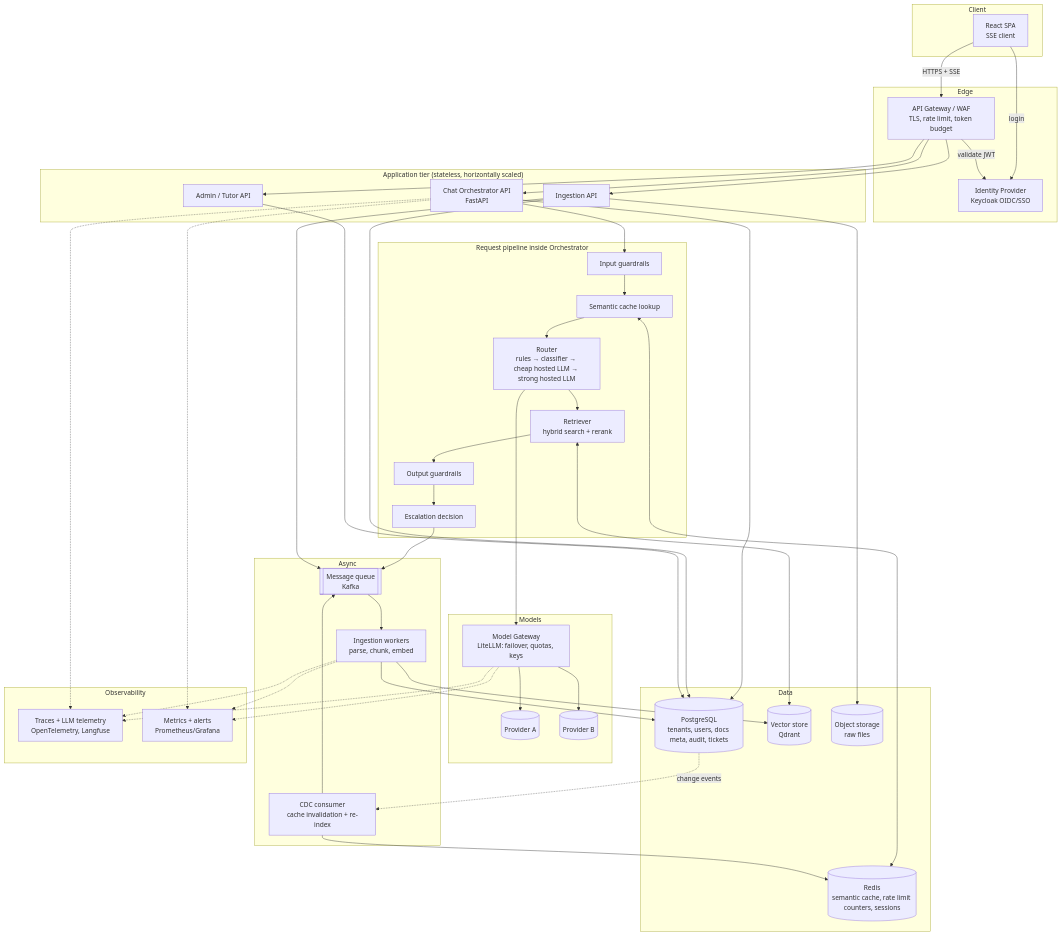
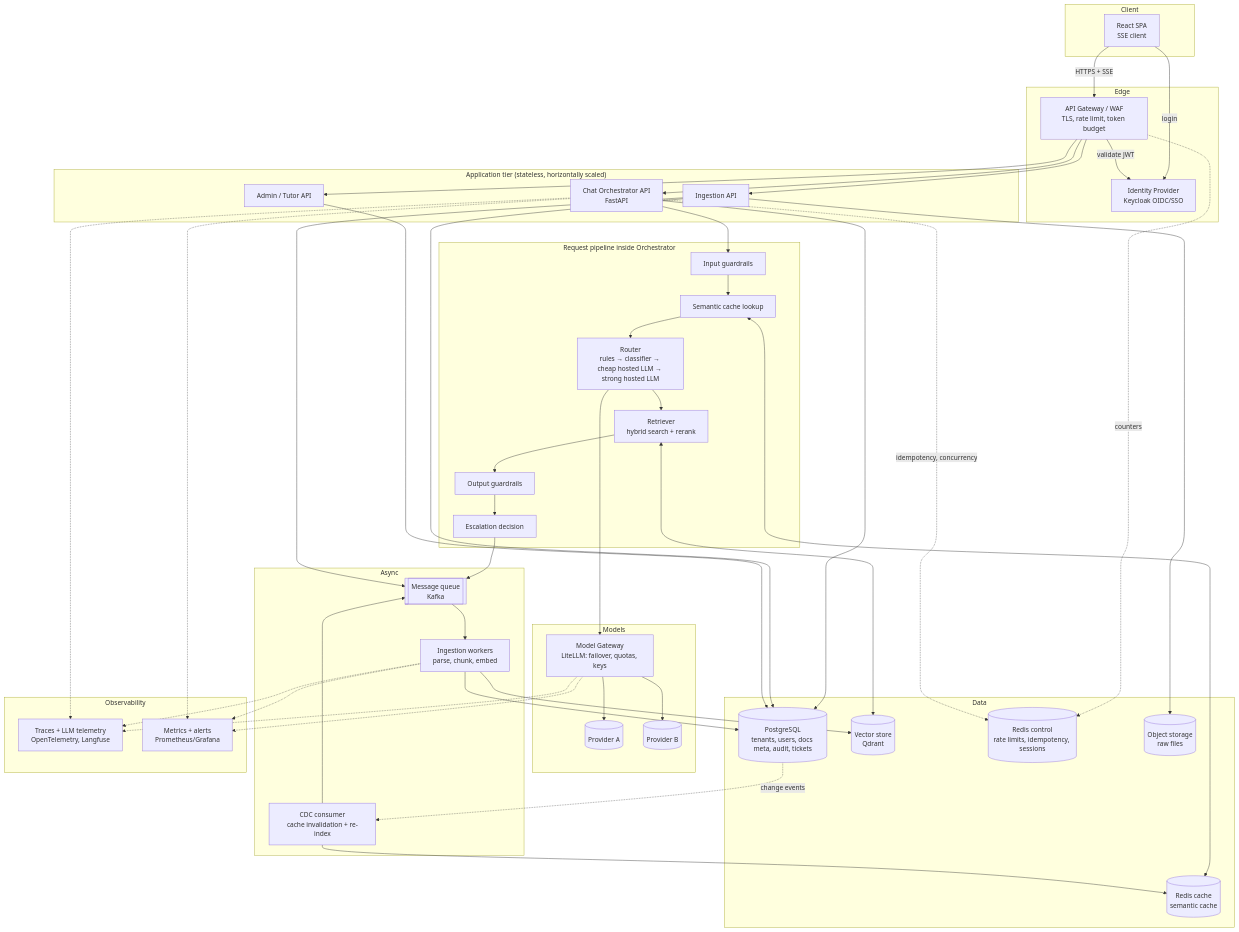
One commit to izasahmedldeveloper/ai-labs changed the diagram in docs/01-high-level-design.md. Above: the diagram before and after it, drawn with Mermaid. The commit also changed other lines of this file and 12 other files, not shown here.

````diff
--- a/docs/01-high-level-design.md
+++ b/docs/01-high-level-design.md
@@ -16,60 +16,63 @@
 ```mermaid
 flowchart TB
   subgraph Client
     UI[React SPA<br/>SSE client]
   end
   subgraph Edge
     GW[API Gateway / WAF<br/>TLS, rate limit, token budget]
     IDP[Identity Provider<br/>Keycloak OIDC/SSO]
   end
   subgraph App["Application tier (stateless, horizontally scaled)"]
     CHAT[Chat Orchestrator API<br/>FastAPI]
     ING[Ingestion API]
     ADM[Admin / Tutor API]
   end
   subgraph Pipeline["Request pipeline inside Orchestrator"]
     IG[Input guardrails]
     SC[Semantic cache lookup]
     RT[Router<br/>rules → classifier → cheap hosted LLM → strong hosted LLM]
     RAG[Retriever<br/>hybrid search + rerank]
     OG[Output guardrails]
     HITL[Escalation decision]
   end
   subgraph Models
     MG[Model Gateway<br/>LiteLLM: failover, quotas, keys]
     P1[(Provider A)]
     P2[(Provider B)]
   end
   subgraph Async
     Q[[Message queue<br/>Kafka]]
     W[Ingestion workers<br/>parse, chunk, embed]
     CDC[CDC consumer<br/>cache invalidation + re-index]
   end
   subgraph Data
     PG[(PostgreSQL<br/>tenants, users, docs meta, audit, tickets)]
     VS[(Vector store<br/>Qdrant)]
-    RC[(Redis<br/>semantic cache, rate limit counters, sessions)]
+    RC[(Redis cache<br/>semantic cache)]
+    RCT[(Redis control<br/>rate limits, idempotency, sessions)]
     OBJ[(Object storage<br/>raw files)]
   end
   subgraph Obs[Observability]
     TR[Traces + LLM telemetry<br/>OpenTelemetry, Langfuse]
     MET[Metrics + alerts<br/>Prometheus/Grafana]
   end
 
   UI -->|HTTPS + SSE| GW --> CHAT
   UI -->|login| IDP
   GW -->|validate JWT| IDP
   GW --> ING & ADM
   CHAT --> IG --> SC --> RT --> RAG --> OG --> HITL
   SC <--> RC
+  GW -.counters.-> RCT
+  CHAT -.idempotency, concurrency.-> RCT
   RAG <--> VS
   RT --> MG --> P1 & P2
   HITL --> Q
   ING --> OBJ
   ING --> Q --> W --> VS
   W --> PG
   PG -. change events .-> CDC --> RC
   CDC --> Q
   CHAT & ING & ADM --> PG
   CHAT & W & MG -.-> TR & MET
 ```
````
